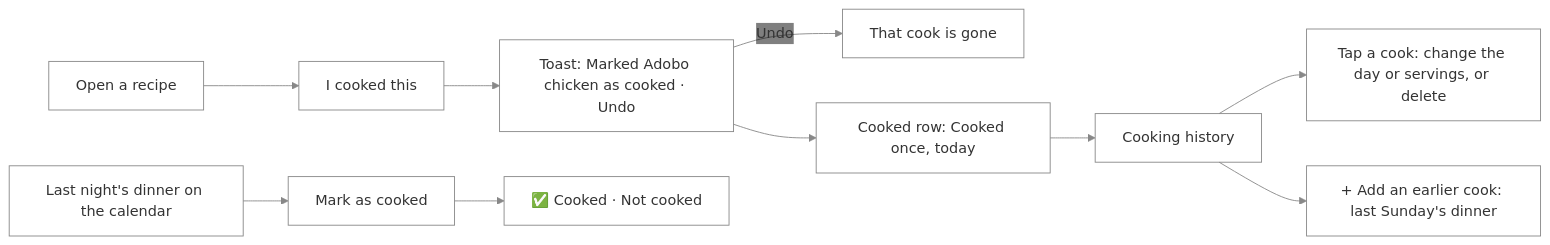
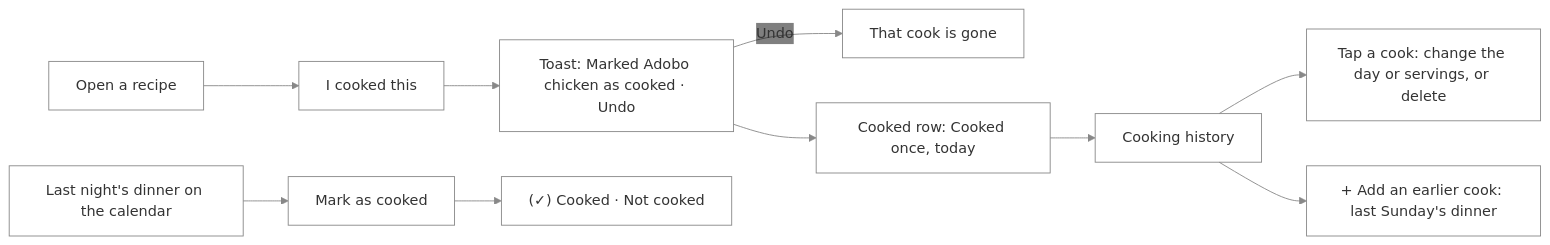
Before and after one commit to NovaMoonX/moondreams-dev-apps: diagram 46 of 54 in src/apps/pinch/UX.md, drawn with Mermaid. The commit also changed other lines of this file and 4 other files, not shown here.

````diff
--- a/src/apps/pinch/UX.md
+++ b/src/apps/pinch/UX.md
@@ -1419,10 +1426,10 @@
 ```mermaid
 %%{init: {'theme': 'base', 'themeVariables': {'primaryColor': 'transparent', 'clusterBkg': 'transparent', 'primaryBorderColor': '#888888', 'clusterBorder': '#888888', 'lineColor': '#888888', 'primaryTextColor': '#333333'}}}%%
 flowchart LR
     A["Open a recipe"] --> B["I cooked this"] --> C["Toast: Marked Adobo chicken as cooked · Undo"]
     C -->|Undo| D["That cook is gone"]
     C --> E["Cooked row: Cooked once, today"]
-    F["Last night's dinner on the calendar"] --> G["Mark as cooked"] --> H["✅ Cooked · Not cooked"]
+    F["Last night's dinner on the calendar"] --> G["Mark as cooked"] --> H["(✓) Cooked · Not cooked"]
     E --> I["Cooking history"] --> J["Tap a cook: change the day or servings, or delete"]
     I --> K["+ Add an earlier cook: last Sunday's dinner"]
 ```
````
